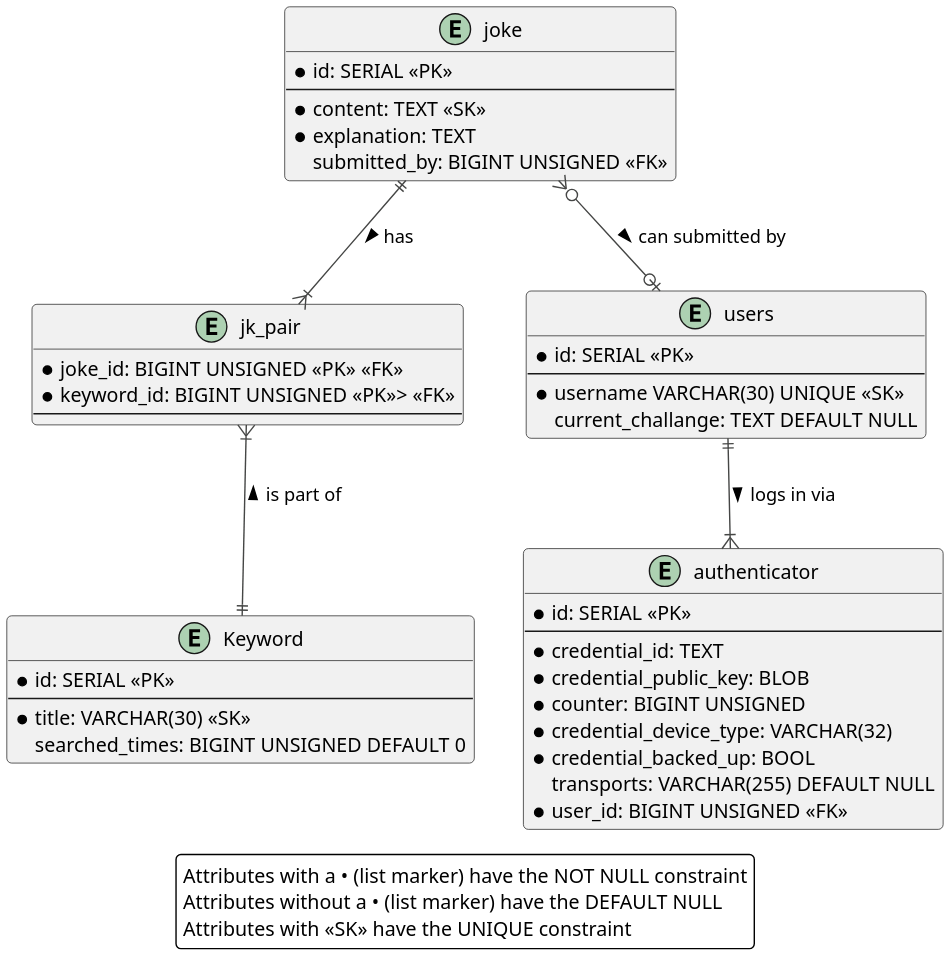
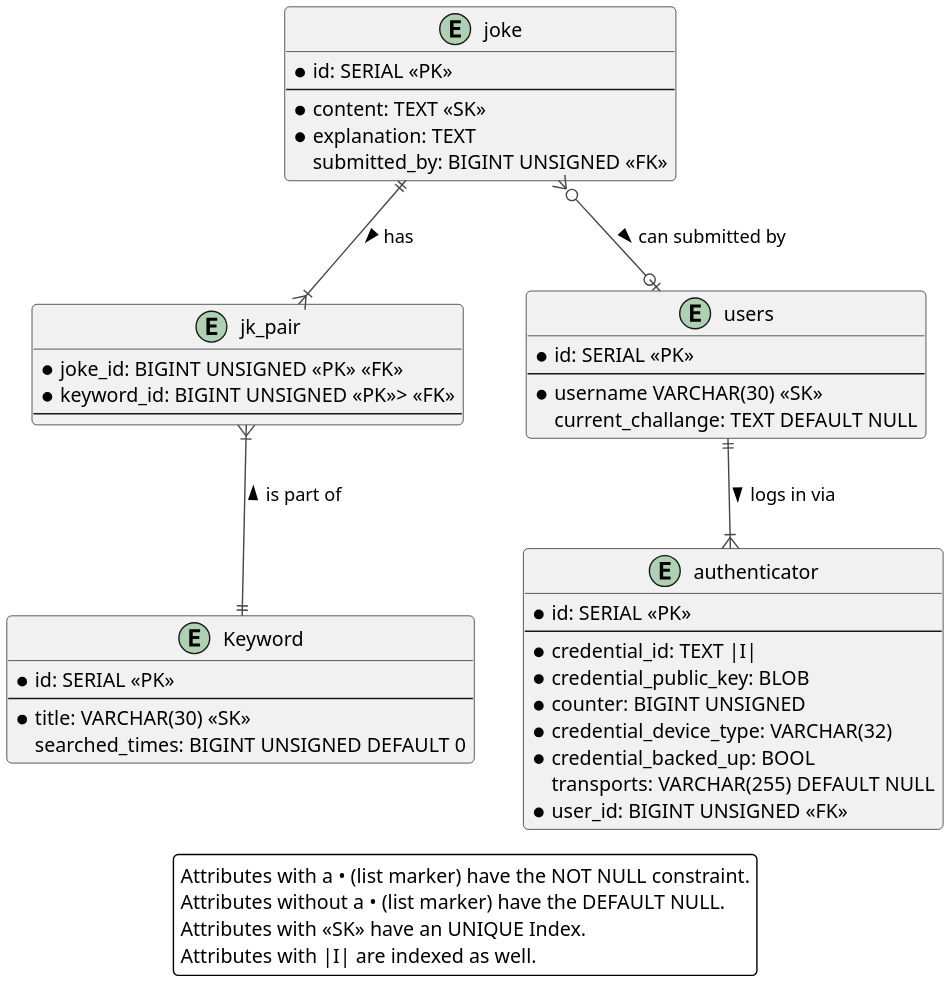
The second of 2 diagrams in database/database_model.md (SturmDerLiebe/bavarian_joke_generator), drawn with PlantUML before and after one commit. The commit also changed other lines of this file, not shown here.

```diff
--- a/database/database_model.md
+++ b/database/database_model.md
@@ -45,58 +47,59 @@
 @startuml
 'skinparam linetype ortho
 scale 2
 !theme vibrant
 
 entity joke {
     * id: SERIAL <<PK>>
     --
     * content: TEXT <<SK>>
     * explanation: TEXT
     submitted_by: BIGINT UNSIGNED <<FK>>
 }
 
 entity jk_pair {
     * joke_id: BIGINT UNSIGNED <<PK>> <<FK>>
     * keyword_id: BIGINT UNSIGNED <<PK>>> <<FK>>
     --
 }
 
 entity Keyword  {
     ' use id instead of title as PK for performance and easier editing of keywords
     * id: SERIAL <<PK>>
     --
     * title: VARCHAR(30) <<SK>>
     searched_times: BIGINT UNSIGNED DEFAULT 0
 }
 
 entity users {
     ' The extra id is necessary for using simplewebauthn:
     * id: SERIAL <<PK>>
     --
-    * username VARCHAR(30) UNIQUE <<SK>>
+    * username VARCHAR(30) <<SK>>
     current_challange: TEXT DEFAULT NULL
 }
 
 entity authenticator {
     * id: SERIAL <<PK>>
     --
-    * credential_id: TEXT
+    * credential_id: TEXT |I|
     * credential_public_key: BLOB
     * counter: BIGINT UNSIGNED
     * credential_device_type: VARCHAR(32)
     * credential_backed_up: BOOL
     transports: VARCHAR(255) DEFAULT NULL
     * user_id: BIGINT UNSIGNED <<FK>>
 }
 
 joke ||--|{ jk_pair : has >
 jk_pair }|--|| Keyword : is part of <
 joke }o--o| users : can submitted by >
 users ||--|{ authenticator : logs in via > 
 
 legend
-    Attributes with a • (list marker) have the NOT NULL constraint
-    Attributes without a • (list marker) have the DEFAULT NULL
-    Attributes with <<SK>> have the UNIQUE constraint
+    Attributes with a • (list marker) have the NOT NULL constraint.
+    Attributes without a • (list marker) have the DEFAULT NULL.
+    Attributes with <<SK>> have an UNIQUE Index.
+    Attributes with |I| are indexed as well.
 endlegend
 @enduml
```
